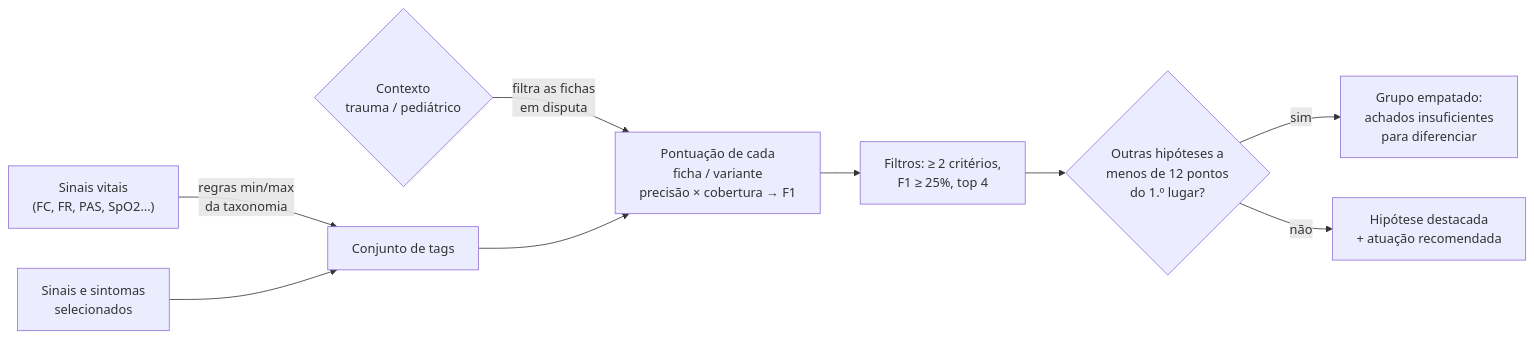
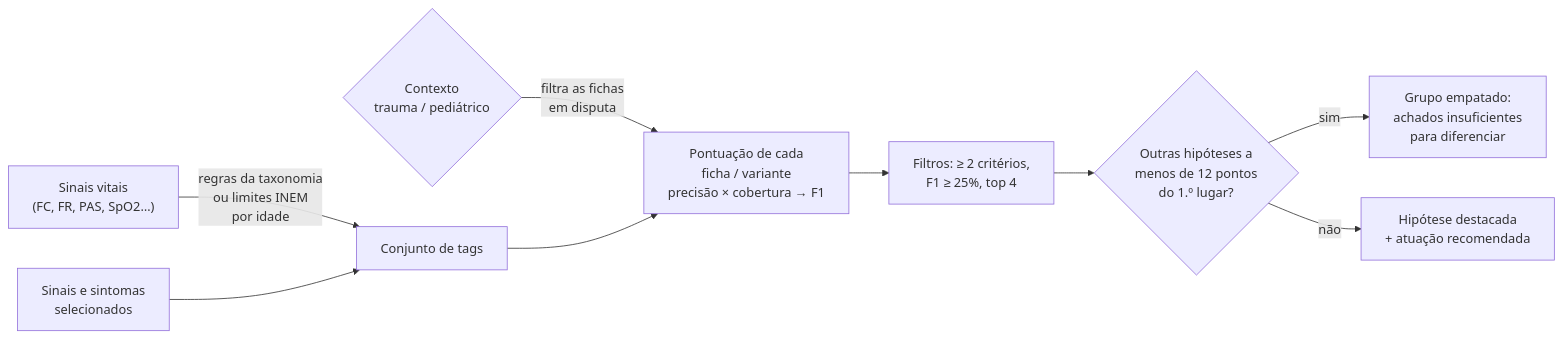
One commit to rolimjeferson26-cyber/simulador-triagem changed the diagram in README.md. Above: the diagram before and after it, drawn with Mermaid. The commit also changed other lines of this file and 8 other files, not shown here.

First line of the commit message:
Avalia sinais vitais pediátricos com os limites do INEM e cria os primeiros testes

````diff
--- a/README.md
+++ b/README.md
@@ -60,11 +61,11 @@
 ```mermaid
 flowchart LR
-    V["Sinais vitais<br/>(FC, FR, PAS, SpO2…)"] -->|"regras min/max<br/>da taxonomia"| T["Conjunto de tags"]
+    V["Sinais vitais<br/>(FC, FR, PAS, SpO2…)"] -->|"regras da taxonomia<br/>ou limites INEM<br/>por idade"| T["Conjunto de tags"]
     S["Sinais e sintomas<br/>selecionados"] --> T
     C{"Contexto<br/>trauma / pediátrico"} -->|"filtra as fichas<br/>em disputa"| P
     T --> P["Pontuação de cada<br/>ficha / variante<br/>precisão × cobertura → F1"]
     P --> F["Filtros: ≥ 2 critérios,<br/>F1 ≥ 25%, top 4"]
     F --> D{"Outras hipóteses a<br/>menos de 12 pontos<br/>do 1.º lugar?"}
     D -->|sim| E["Grupo empatado:<br/>achados insuficientes<br/>para diferenciar"]
     D -->|não| R["Hipótese destacada<br/>+ atuação recomendada"]
 ```
````
